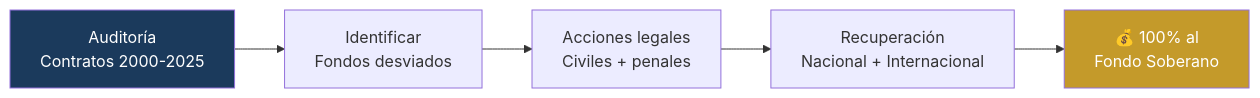
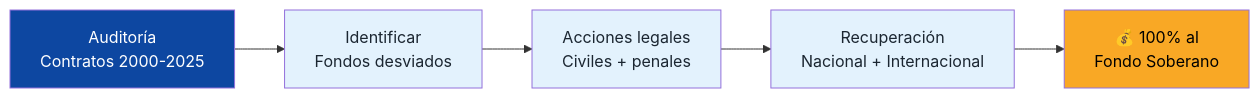
Diagram 13 of 15 in docs/04-gobernanza/modelo-estado.md (Venezuela-S-A/venezuela-sa), drawn with Mermaid before and after one commit. The commit also changed other lines of this file and 127 other files, not shown here.

````diff
--- a/docs/04-gobernanza/modelo-estado.md
+++ b/docs/04-gobernanza/modelo-estado.md
@@ -306,9 +758,12 @@
 ```mermaid
 flowchart LR
     A["Auditoría<br/>Contratos 2000-2025"] --> B["Identificar<br/>Fondos desviados"]
     B --> C["Acciones legales<br/>Civiles + penales"]
     C --> D["Recuperación<br/>Nacional + Internacional"]
     D --> E["💰 100% al<br/>Fondo Soberano"]
-    style A fill:#1B3A5C,color:#fff
-    style E fill:#C49A2A,color:#fff
+    style A fill:#0D47A1,color:#fff
+    style B fill:#E3F2FD,color:#1B2631
+    style C fill:#E3F2FD,color:#1B2631
+    style D fill:#E3F2FD,color:#1B2631
+    style E fill:#F9A825,color:#000
 ```
````
